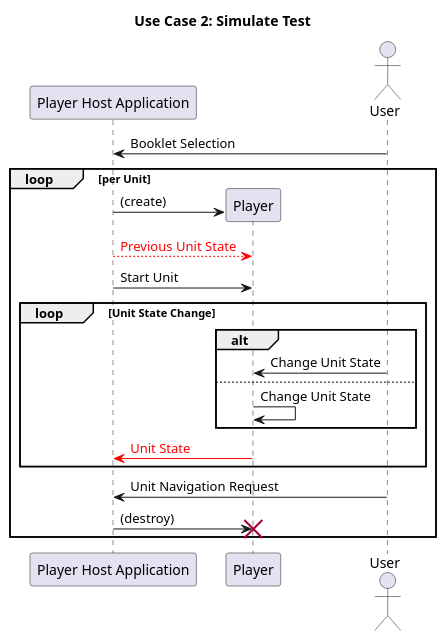
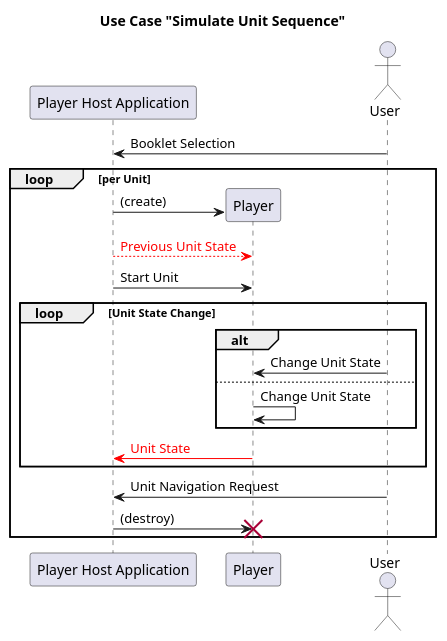
Before and after one commit to verona-interfaces/player: the diagram in model/usecase2.puml, drawn with PlantUML. The commit also changed 19 other files, not shown here.

```diff
--- a/model/usecase2.puml
+++ b/model/usecase2.puml
@@ -1,26 +1,26 @@
 @startuml
-title Use Case 2: Simulate Test
+title Use Case "Simulate Unit Sequence"
 participant "Player Host Application" as app
 actor User order 4
 User -> app: Booklet Selection
 
 loop per Unit
     create Player
     app -> Player: (create)
     app --[#red]> Player: <font color=red>Previous Unit State</font>
 
     app -> Player: Start Unit
     loop Unit State Change
         alt
             User -> Player: Change Unit State
         else
             Player -> Player: Change Unit State
         end
         Player -[#red]> app: <font color=red>Unit State</font>
     end
     User -> app: Unit Navigation Request
     app -> Player: (destroy)
     destroy Player
 end
 
 @enduml
```
